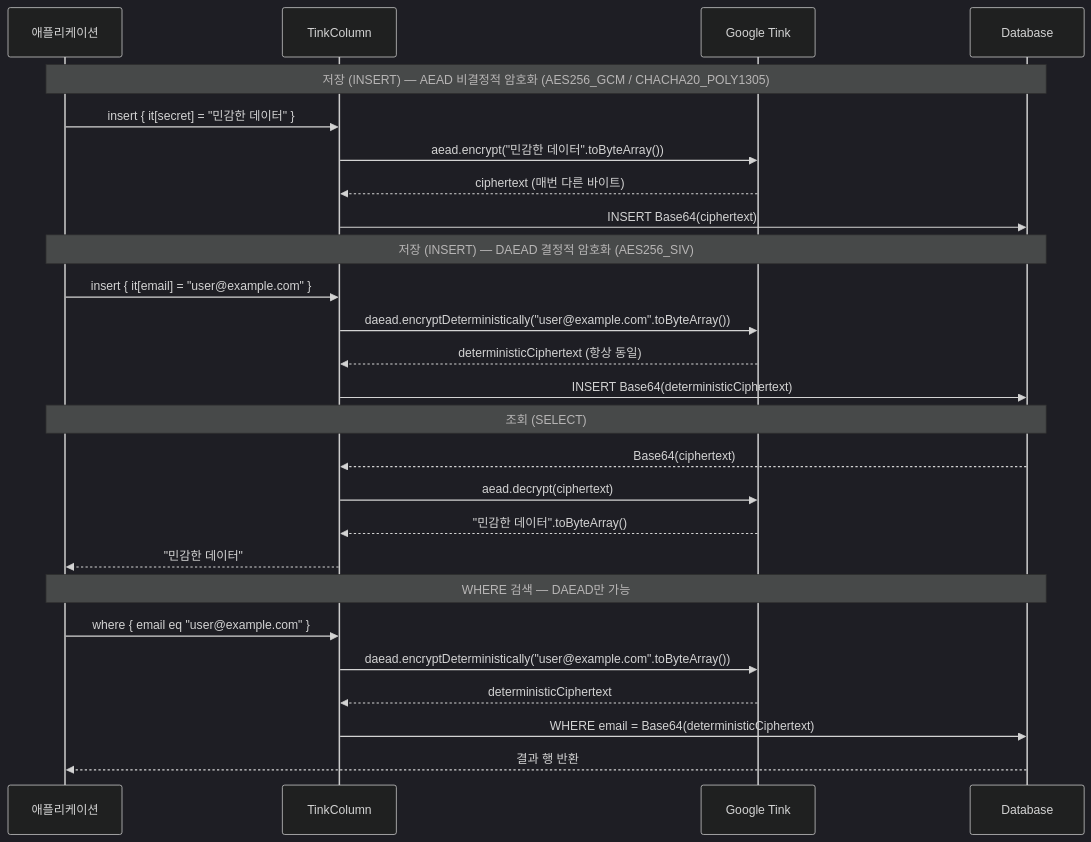
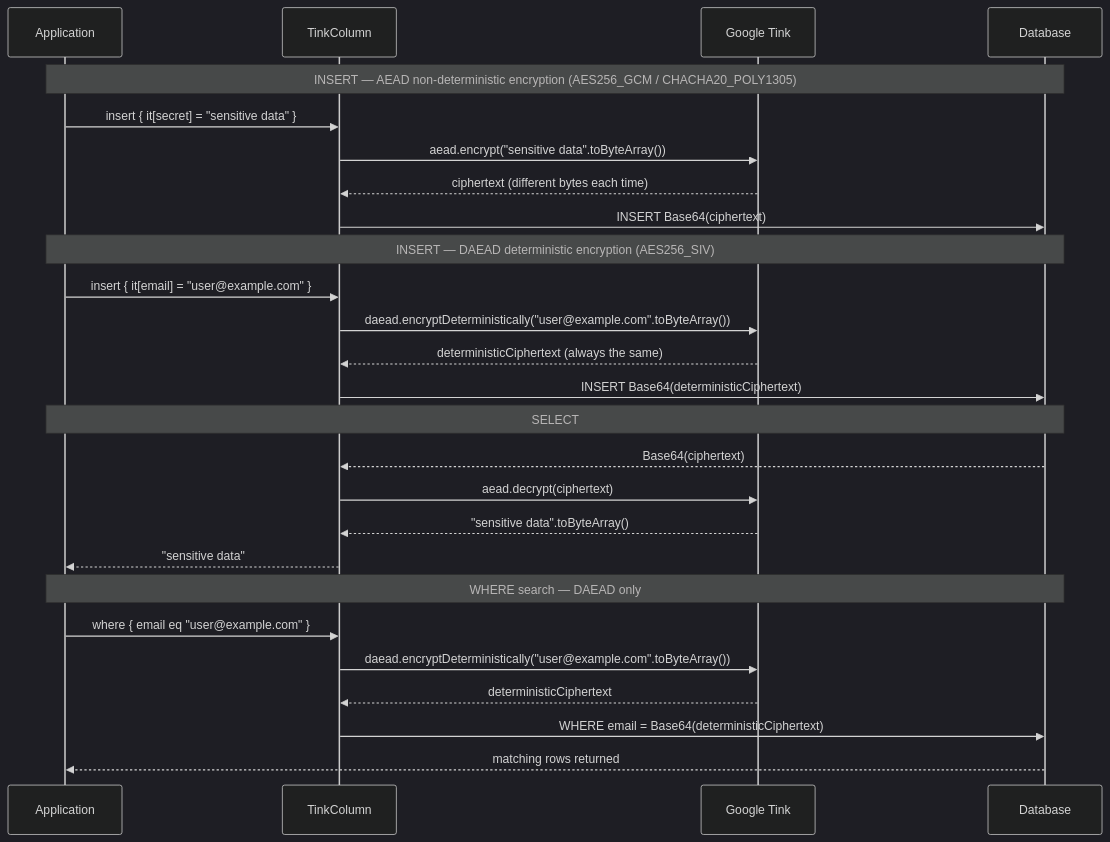
The first of 2 diagrams in 06-advanced/12-exposed-r2dbc-tink/README.md (bluetape4k/exposed-r2dbc-workshop), drawn with Mermaid (dark theme) before and after one commit. The commit also changed other lines of this file and 63 other files, not shown here.

First line of the commit message:
docs: 전 모듈 README Mermaid UML 추가 및 영/한 이중화

````diff
--- a/06-advanced/12-exposed-r2dbc-tink/README.md
+++ b/06-advanced/12-exposed-r2dbc-tink/README.md
@@ -12,32 +14,32 @@
 ```mermaid
 sequenceDiagram
-    participant App as 애플리케이션
+    participant App as Application
     participant Col as TinkColumn
     participant Tink as Google Tink
     participant DB as Database
 
-    Note over App,DB: 저장 (INSERT) — AEAD 비결정적 암호화 (AES256_GCM / CHACHA20_POLY1305)
-    App ->> Col: insert { it[secret] = "민감한 데이터" }
-    Col ->> Tink: aead.encrypt("민감한 데이터".toByteArray())
-    Tink -->> Col: ciphertext (매번 다른 바이트)
+    Note over App,DB: INSERT — AEAD non-deterministic encryption (AES256_GCM / CHACHA20_POLY1305)
+    App ->> Col: insert { it[secret] = "sensitive data" }
+    Col ->> Tink: aead.encrypt("sensitive data".toByteArray())
+    Tink -->> Col: ciphertext (different bytes each time)
     Col ->> DB: INSERT Base64(ciphertext)
 
-    Note over App,DB: 저장 (INSERT) — DAEAD 결정적 암호화 (AES256_SIV)
+    Note over App,DB: INSERT — DAEAD deterministic encryption (AES256_SIV)
     App ->> Col: insert { it[email] = "user@example.com" }
     Col ->> Tink: daead.encryptDeterministically("user@example.com".toByteArray())
-    Tink -->> Col: deterministicCiphertext (항상 동일)
+    Tink -->> Col: deterministicCiphertext (always the same)
     Col ->> DB: INSERT Base64(deterministicCiphertext)
 
-    Note over App,DB: 조회 (SELECT)
+    Note over App,DB: SELECT
     DB -->> Col: Base64(ciphertext)
     Col ->> Tink: aead.decrypt(ciphertext)
-    Tink -->> Col: "민감한 데이터".toByteArray()
-    Col -->> App: "민감한 데이터"
+    Tink -->> Col: "sensitive data".toByteArray()
+    Col -->> App: "sensitive data"
 
-    Note over App,DB: WHERE 검색 — DAEAD만 가능
+    Note over App,DB: WHERE search — DAEAD only
     App ->> Col: where { email eq "user@example.com" }
     Col ->> Tink: daead.encryptDeterministically("user@example.com".toByteArray())
     Tink -->> Col: deterministicCiphertext
     Col ->> DB: WHERE email = Base64(deterministicCiphertext)
-    DB -->> App: 결과 행 반환
+    DB -->> App: matching rows returned
 ```
````
